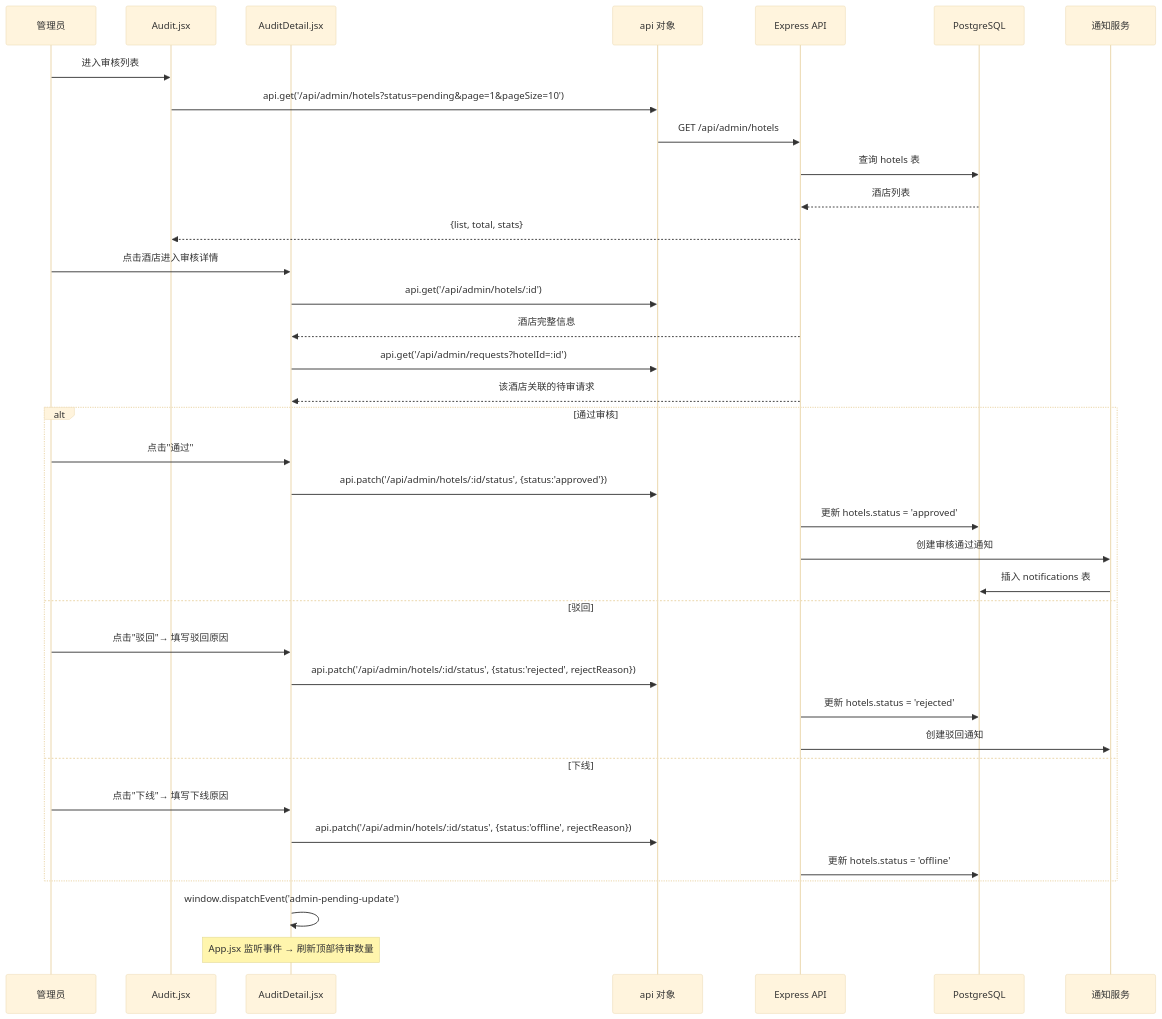
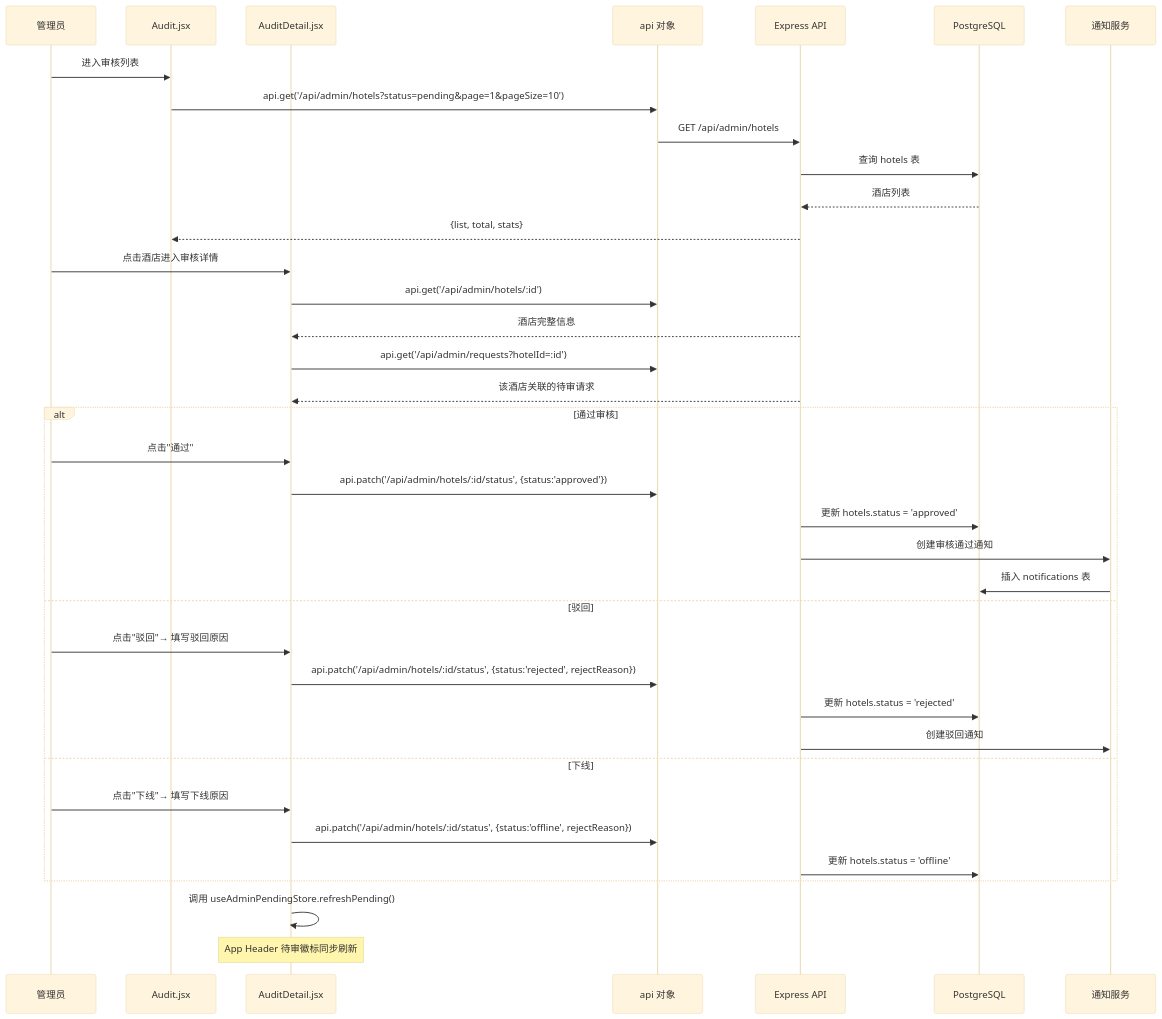
The sixth of 14 diagrams in docs/admin/admin-dataflow.md (chendingya/EaseStay), drawn with Mermaid (base theme) before and after one commit. The commit also changed other lines of this file and 4 other files, not shown here.

````diff
--- a/docs/admin/admin-dataflow.md
+++ b/docs/admin/admin-dataflow.md
@@ -208,43 +208,43 @@
 ```mermaid
 sequenceDiagram
     participant Admin as 管理员
     participant AuditList as Audit.jsx
     participant AuditDetail as AuditDetail.jsx
     participant API as api 对象
     participant Server as Express API
     participant DB as PostgreSQL
     participant NotifySvc as 通知服务
 
     Admin->>AuditList: 进入审核列表
     AuditList->>API: api.get('/api/admin/hotels?status=pending&page=1&pageSize=10')
     API->>Server: GET /api/admin/hotels
     Server->>DB: 查询 hotels 表
     DB-->>Server: 酒店列表
     Server-->>AuditList: {list, total, stats}
 
     Admin->>AuditDetail: 点击酒店进入审核详情
     AuditDetail->>API: api.get('/api/admin/hotels/:id')
     Server-->>AuditDetail: 酒店完整信息
     AuditDetail->>API: api.get('/api/admin/requests?hotelId=:id')
     Server-->>AuditDetail: 该酒店关联的待审请求
 
     alt 通过审核
         Admin->>AuditDetail: 点击"通过"
         AuditDetail->>API: api.patch('/api/admin/hotels/:id/status', {status:'approved'})
         Server->>DB: 更新 hotels.status = 'approved'
         Server->>NotifySvc: 创建审核通过通知
         NotifySvc->>DB: 插入 notifications 表
     else 驳回
         Admin->>AuditDetail: 点击"驳回"→ 填写驳回原因
         AuditDetail->>API: api.patch('/api/admin/hotels/:id/status', {status:'rejected', rejectReason})
         Server->>DB: 更新 hotels.status = 'rejected'
         Server->>NotifySvc: 创建驳回通知
     else 下线
         Admin->>AuditDetail: 点击"下线"→ 填写下线原因
         AuditDetail->>API: api.patch('/api/admin/hotels/:id/status', {status:'offline', rejectReason})
         Server->>DB: 更新 hotels.status = 'offline'
     end
 
-    AuditDetail->>AuditDetail: window.dispatchEvent('admin-pending-update')
-    Note over AuditDetail: App.jsx 监听事件 → 刷新顶部待审数量
+    AuditDetail->>AuditDetail: 调用 useAdminPendingStore.refreshPending()
+    Note over AuditDetail: App Header 待审徽标同步刷新
 ```
````
